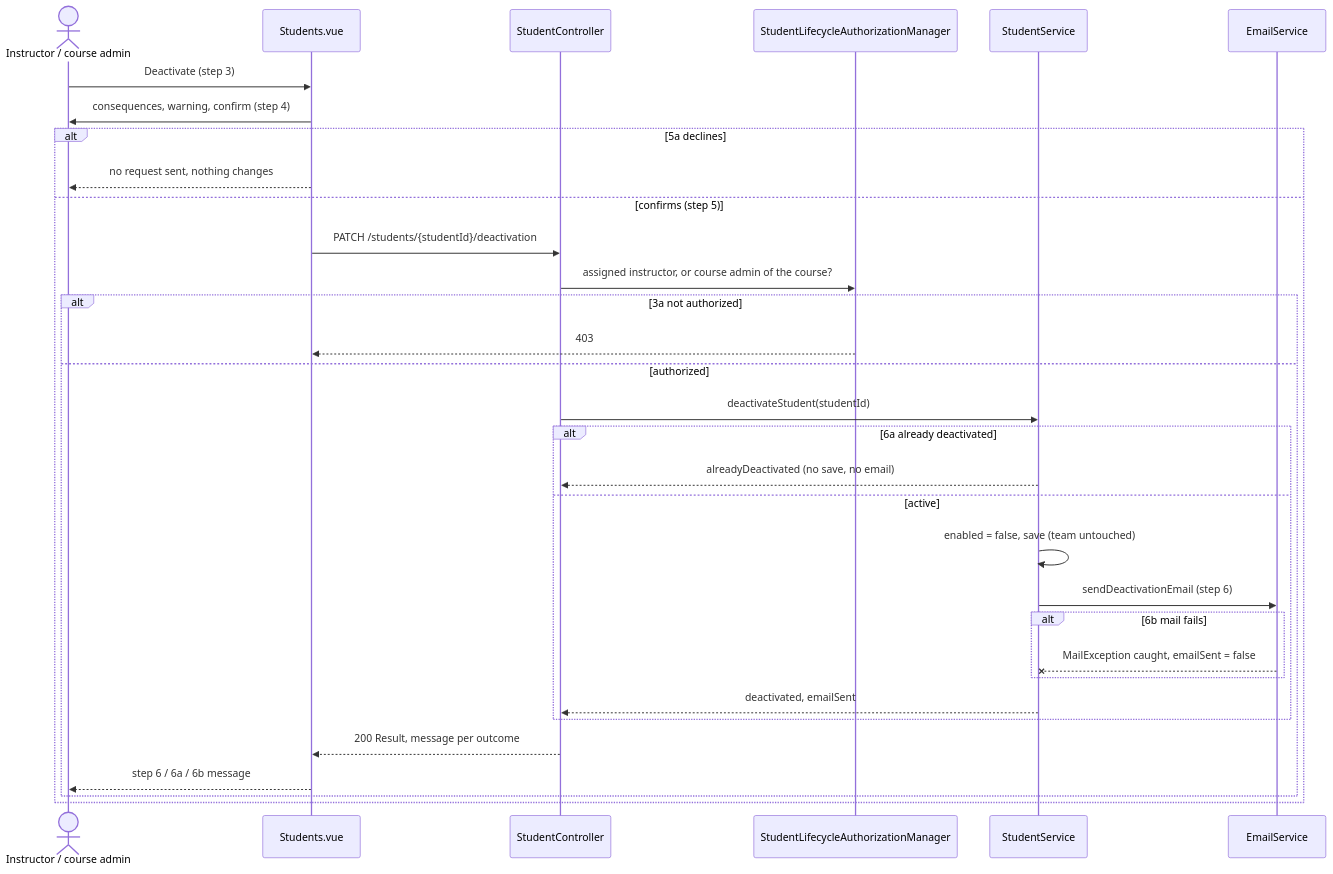
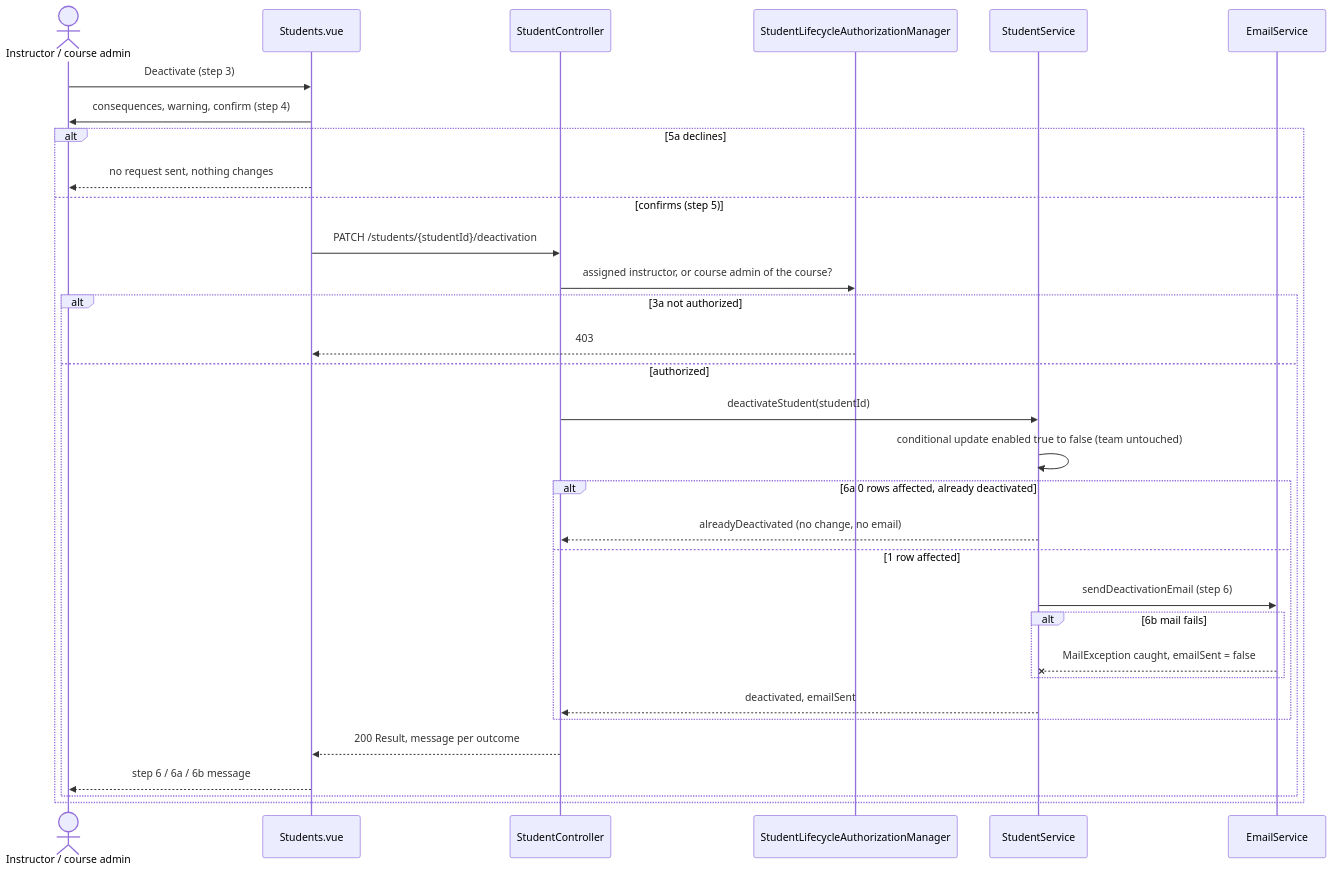
One commit to kayleechristine/add-a-use-case changed the second of 4 diagrams in docs/design/stu.md. Above: the diagram before and after it, drawn with Mermaid. The commit also changed other lines of this file, not shown here.

````diff
--- a/docs/design/stu.md
+++ b/docs/design/stu.md
@@ -83,34 +83,34 @@
 ```mermaid
 sequenceDiagram
     actor I as Instructor / course admin
     participant V as Students.vue
     participant API as StudentController
     participant M as StudentLifecycleAuthorizationManager
     participant S as StudentService
     participant E as EmailService
     I->>V: Deactivate (step 3)
     V->>I: consequences, warning, confirm (step 4)
     alt 5a declines
         V-->>I: no request sent, nothing changes
     else confirms (step 5)
         V->>API: PATCH /students/{studentId}/deactivation
         API->>M: assigned instructor, or course admin of the course?
         alt 3a not authorized
             M-->>V: 403
         else authorized
             API->>S: deactivateStudent(studentId)
-            alt 6a already deactivated
-                S-->>API: alreadyDeactivated (no save, no email)
-            else active
-                S->>S: enabled = false, save (team untouched)
+            S->>S: conditional update enabled true to false (team untouched)
+            alt 6a 0 rows affected, already deactivated
+                S-->>API: alreadyDeactivated (no change, no email)
+            else 1 row affected
                 S->>E: sendDeactivationEmail (step 6)
                 alt 6b mail fails
                     E--xS: MailException caught, emailSent = false
                 end
                 S-->>API: deactivated, emailSent
             end
             API-->>V: 200 Result, message per outcome
             V-->>I: step 6 / 6a / 6b message
         end
     end
 ```
````
